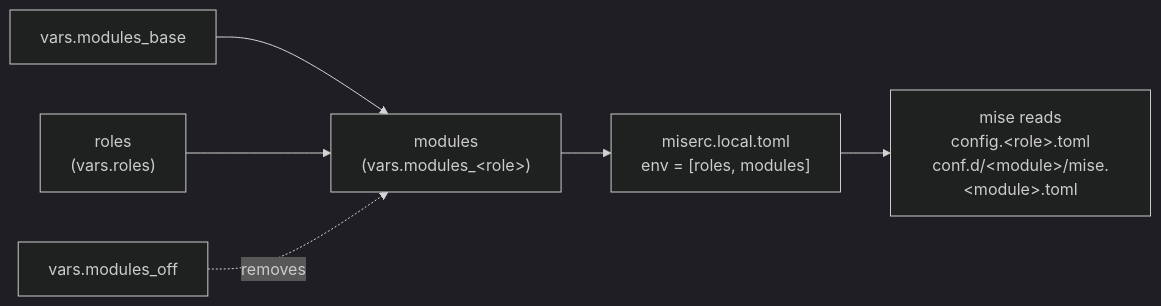
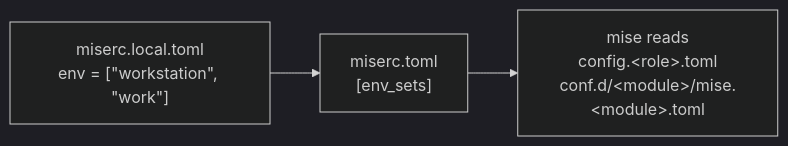
One commit to owpac/dotfiles changed the second of 3 diagrams in README.md. Above: the diagram before and after it, drawn with Mermaid (dark theme). The commit also changed other lines of this file and 14 other files, not shown here.

First line of the commit message:
feat(mise): select the modules with env_sets

````diff
--- a/README.md
+++ b/README.md
@@ -64,8 +63,5 @@
 ```mermaid
 flowchart LR
-  B["vars.modules_base"] --> M
-  R["roles<br/>(vars.roles)"] --> M["modules<br/>(vars.modules_&lt;role&gt;)"]
-  O["vars.modules_off"] -. removes .-> M
-  M --> S["miserc.local.toml<br/>env = [roles, modules]"]
+  L["miserc.local.toml<br/>env = [&quot;workstation&quot;, &quot;work&quot;]"] --> S["miserc.toml<br/>[env_sets]"]
   S --> X["mise reads<br/>config.&lt;role&gt;.toml<br/>conf.d/&lt;module&gt;/mise.&lt;module&gt;.toml"]
 ```
````
